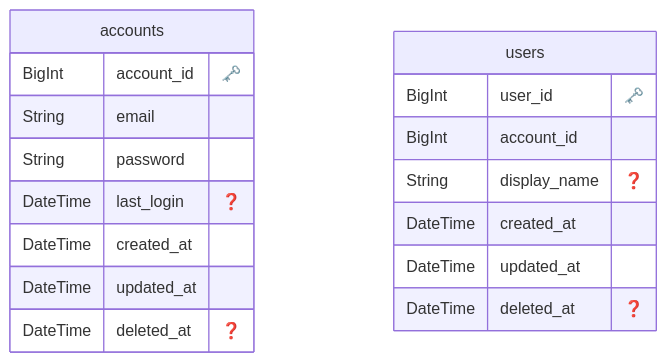
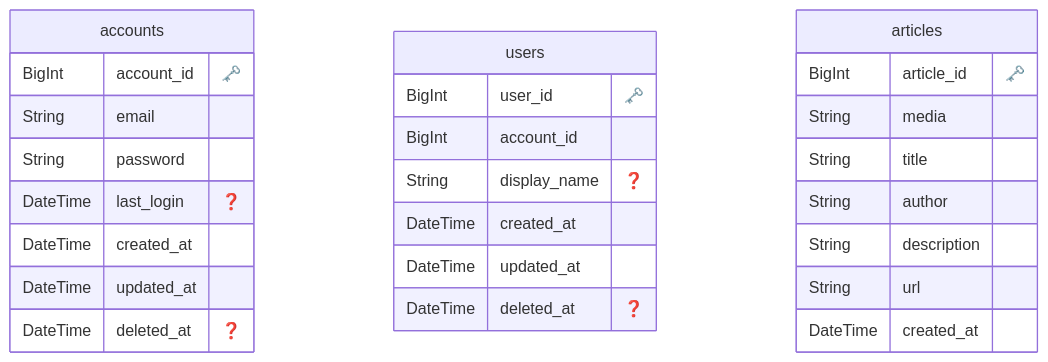
The diagram in prisma/ERD.md (Geek-Teck-Mentors/trend_diary), drawn with Mermaid before and after one commit. The commit also changed 2 other files, not shown here.

Commit message:
feat: 記事モデルとマイグレーションを追加

````diff
--- a/prisma/ERD.md
+++ b/prisma/ERD.md
@@ -1,24 +1,35 @@
 ```mermaid
 erDiagram
 
   "accounts" {
     BigInt account_id "🗝️"
     String email 
     String password 
     DateTime last_login "❓"
     DateTime created_at 
     DateTime updated_at 
     DateTime deleted_at "❓"
     }
   
 
   "users" {
     BigInt user_id "🗝️"
     BigInt account_id 
     String display_name "❓"
     DateTime created_at 
     DateTime updated_at 
     DateTime deleted_at "❓"
     }
   
+
+  "articles" {
+    BigInt article_id "🗝️"
+    String media 
+    String title 
+    String author 
+    String description 
+    String url 
+    DateTime created_at 
+    }
+  
 ```
````
